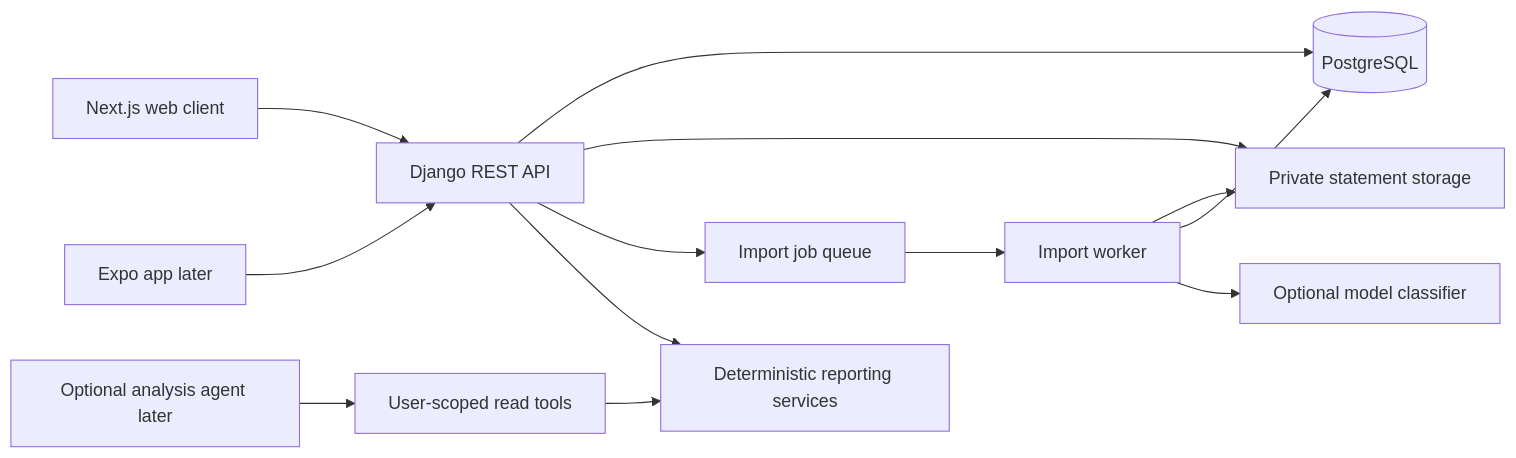
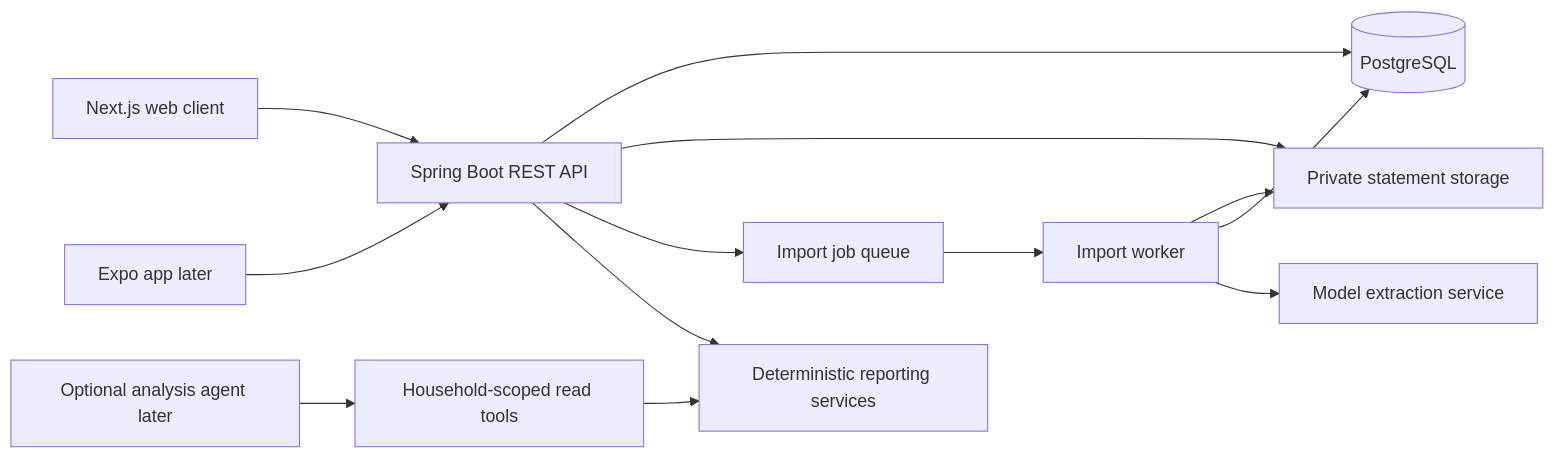
Before and after one commit to jfloww/expense_tracker: the diagram in docs/architecture.md, drawn with Mermaid. The commit also changed other lines of this file and 77 other files, not shown here.

Commit message:
Add Spring Boot household backend foundation

````diff
--- a/docs/architecture.md
+++ b/docs/architecture.md
@@ -9,15 +13,15 @@
 ```mermaid
 flowchart LR
-  Web[Next.js web client] --> API[Django REST API]
+  Web[Next.js web client] --> API[Spring Boot REST API]
   Mobile[Expo app later] --> API
   API --> DB[(PostgreSQL)]
   API --> Storage[Private statement storage]
   API --> Queue[Import job queue]
   Queue --> Worker[Import worker]
   Worker --> Storage
   Worker --> DB
-  Worker --> Classifier[Optional model classifier]
+  Worker --> Extractor[Model extraction service]
   API --> Reports[Deterministic reporting services]
-  Agent[Optional analysis agent later] --> Tools[User-scoped read tools]
+  Agent[Optional analysis agent later] --> Tools[Household-scoped read tools]
   Tools --> Reports
 ```
````
